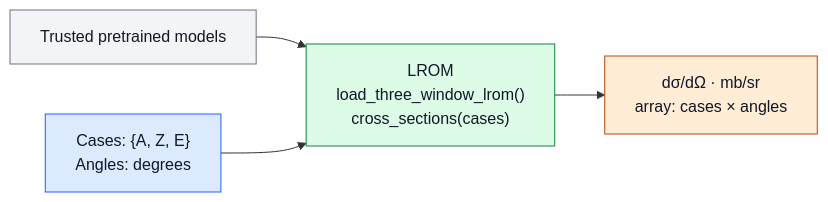
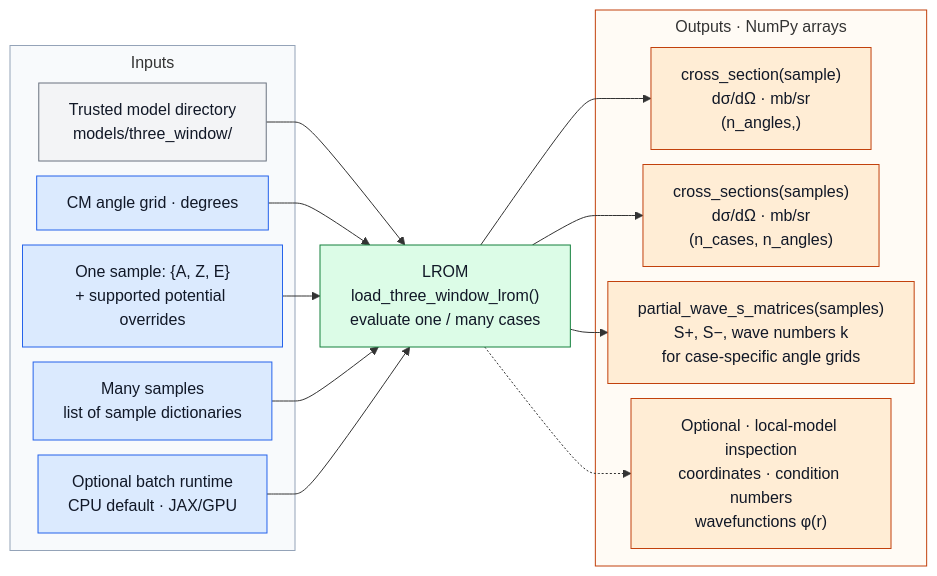
The second of 2 diagrams in CleanCode/docs/LROM_IN_NUCLEAR_THEORY.md (nitrogen5052/Learning-Reduced-Order-Models), drawn with Mermaid before and after one commit. The commit also changed other lines of this file and 3 other files, not shown here.

Commit message:
Restore science figure inputs and outputs; archive big picture

````diff
--- a/CleanCode/docs/LROM_IN_NUCLEAR_THEORY.md
+++ b/CleanCode/docs/LROM_IN_NUCLEAR_THEORY.md
@@ -48,20 +53,41 @@
 ```mermaid
+%%{init: {"flowchart": {"nodeSpacing": 15, "rankSpacing": 25, "subGraphTitleMargin": {"top": 5, "bottom": 15}}}}%%
 flowchart LR
-    model["Trusted pretrained models"]
-    inputs["Cases: {A, Z, E}<br/>Angles: degrees"]
-    lrom["LROM<br/>load_three_window_lrom()<br/>cross_sections(cases)"]
-    outputs["dσ/dΩ · mb/sr<br/>array: cases × angles"]
+    subgraph inputs["Inputs"]
+        modeldir["Trusted model directory<br/>models/three_window/"]
+        angles["CM angle grid · degrees"]
+        sample["One sample: {A, Z, E}<br/>+ supported potential overrides"]
+        samples["Many samples<br/>list of sample dictionaries"]
+        runtime["Optional batch runtime<br/>CPU default · JAX/GPU"]
+    end
 
-    model --> lrom
-    inputs --> lrom
-    lrom --> outputs
+    lrom["LROM<br/>load_three_window_lrom()<br/>evaluate one / many cases"]
+
+    subgraph outputs["Outputs · NumPy arrays"]
+        one["cross_section(sample)<br/>dσ/dΩ · mb/sr<br/>(n_angles,)"]
+        many["cross_sections(samples)<br/>dσ/dΩ · mb/sr<br/>(n_cases, n_angles)"]
+        partial["partial_wave_s_matrices(samples)<br/>S+, S−, wave numbers k<br/>for case-specific angle grids"]
+        inspect["Optional · local-model inspection<br/>coordinates · condition numbers<br/>wavefunctions φ(r)"]
+    end
+
+    modeldir --> lrom
+    angles --> lrom
+    sample --> lrom
+    samples --> lrom
+    runtime --> lrom
+    lrom --> one
+    lrom --> many
+    lrom --> partial
+    lrom -.-> inspect
 
     classDef physics fill:#DBEAFE,stroke:#2563EB,color:#111827
     classDef model fill:#DCFCE7,stroke:#15803D,color:#111827
     classDef result fill:#FFEDD5,stroke:#C2410C,color:#111827
     classDef artifact fill:#F3F4F6,stroke:#6B7280,color:#111827
-    class inputs physics
+    class angles,sample,samples,runtime physics
     class lrom model
-    class outputs result
-    class model artifact
+    class one,many,partial,inspect result
+    class modeldir artifact
+    style inputs fill:#F8FAFC,stroke:#94A3B8
+    style outputs fill:#FFFBF5,stroke:#C2410C
 ```
````
